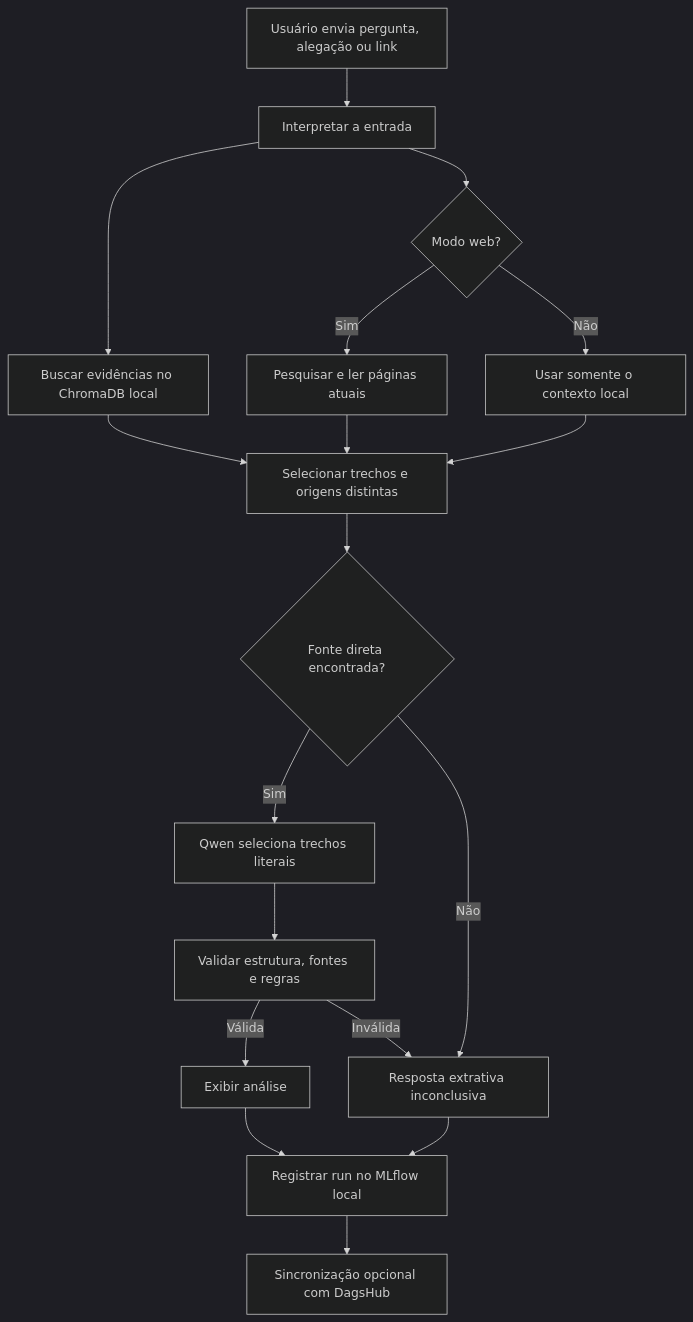
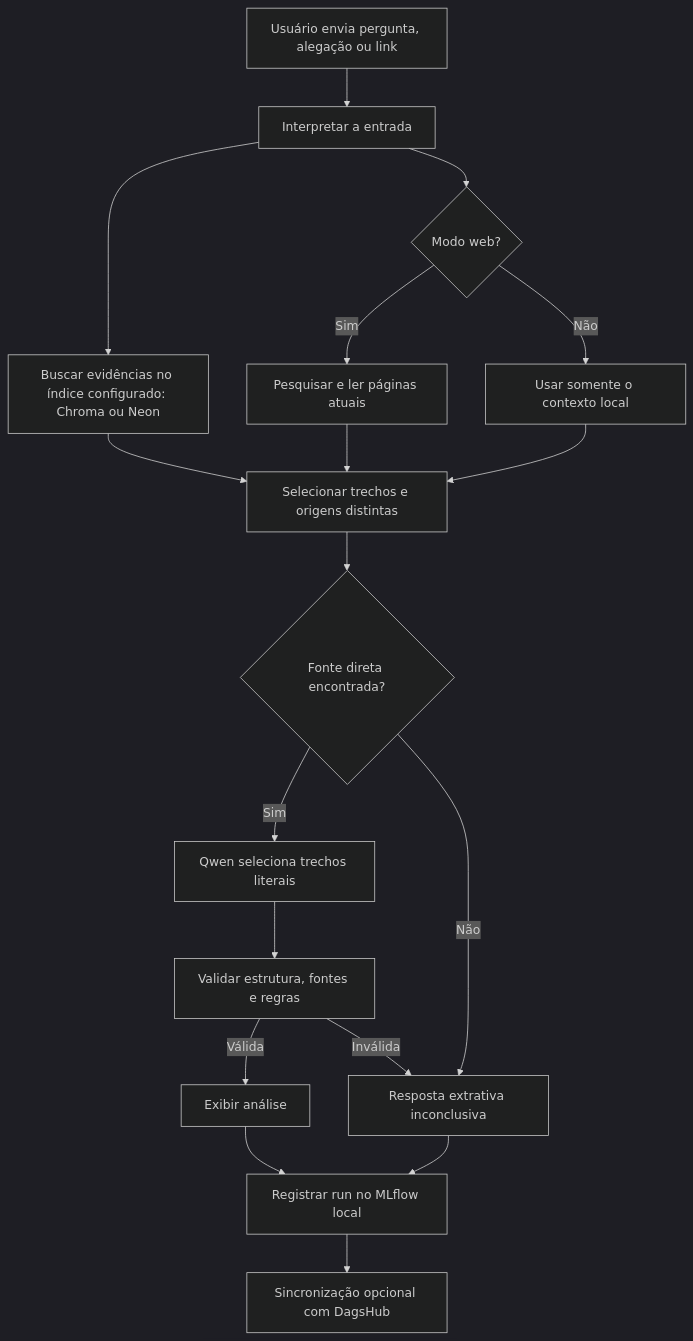
One commit to Challenge-1-Residencia-IA/experimentos changed the diagram in README.md. Above: the diagram before and after it, drawn with Mermaid (dark theme). The commit also changed other lines of this file and 25 other files, not shown here.

First line of the commit message:
feat(rag): harden evidence flow and add Neon HTTPS vector store

````diff
--- a/README.md
+++ b/README.md
@@ -69,20 +71,20 @@
 ```mermaid
 flowchart TD
     U[Usuário envia pergunta, alegação ou link] --> I[Interpretar a entrada]
-    I --> L[Buscar evidências no ChromaDB local]
+    I --> L[Buscar evidências no índice configurado: Chroma ou Neon]
     I --> W{Modo web?}
     W -- Sim --> S[Pesquisar e ler páginas atuais]
     W -- Não --> C[Usar somente o contexto local]
     S --> R[Selecionar trechos e origens distintas]
     L --> R
     C --> R
     R --> P{Fonte direta encontrada?}
     P -- Sim --> Q[Qwen seleciona trechos literais]
     P -- Não --> F[Resposta extrativa inconclusiva]
     Q --> V[Validar estrutura, fontes e regras]
     V -- Válida --> A[Exibir análise]
     V -- Inválida --> F
     A --> M[Registrar run no MLflow local]
     F --> M
     M --> D[Sincronização opcional com DagsHub]
 ```
````
